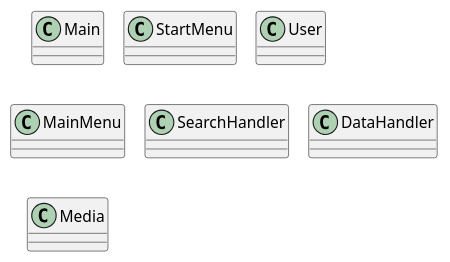
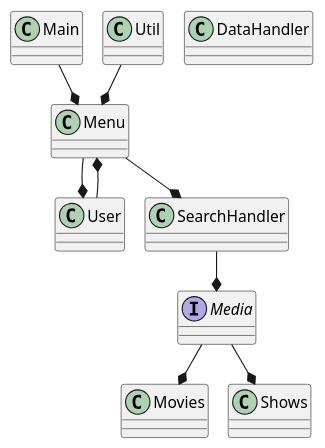
The diagram in .idea/ClassDiagram.puml (ValdemarLarsen02/SP3GruppeD), drawn with PlantUML before and after one commit. The commit also changed 1 other file, not shown here.

```diff
--- a/.idea/ClassDiagram.puml
+++ b/.idea/ClassDiagram.puml
@@ -1,27 +1,41 @@
 @startuml
 !pragma layout smetana
 
 Class Main{
 }
 
-Class StartMenu{
-
+Class Menu{
 }
 
 Class User{
-}
 
-Class MainMenu{
 }
 
 Class SearchHandler{
 }
 
 Class DataHandler{
 }
 
-Class Media{
+Interface Media{
 }
 
+Class Util{
+}
+
+Class Movies{
+}
+
+Class Shows{
+}
+
+Main --* Menu
+Menu --* User
+User --* Menu
+Util --* Menu
+Menu --* SearchHandler
+SearchHandler --* Media
+Media --* Movies
+Media --* Shows
 
 @enduml
```
